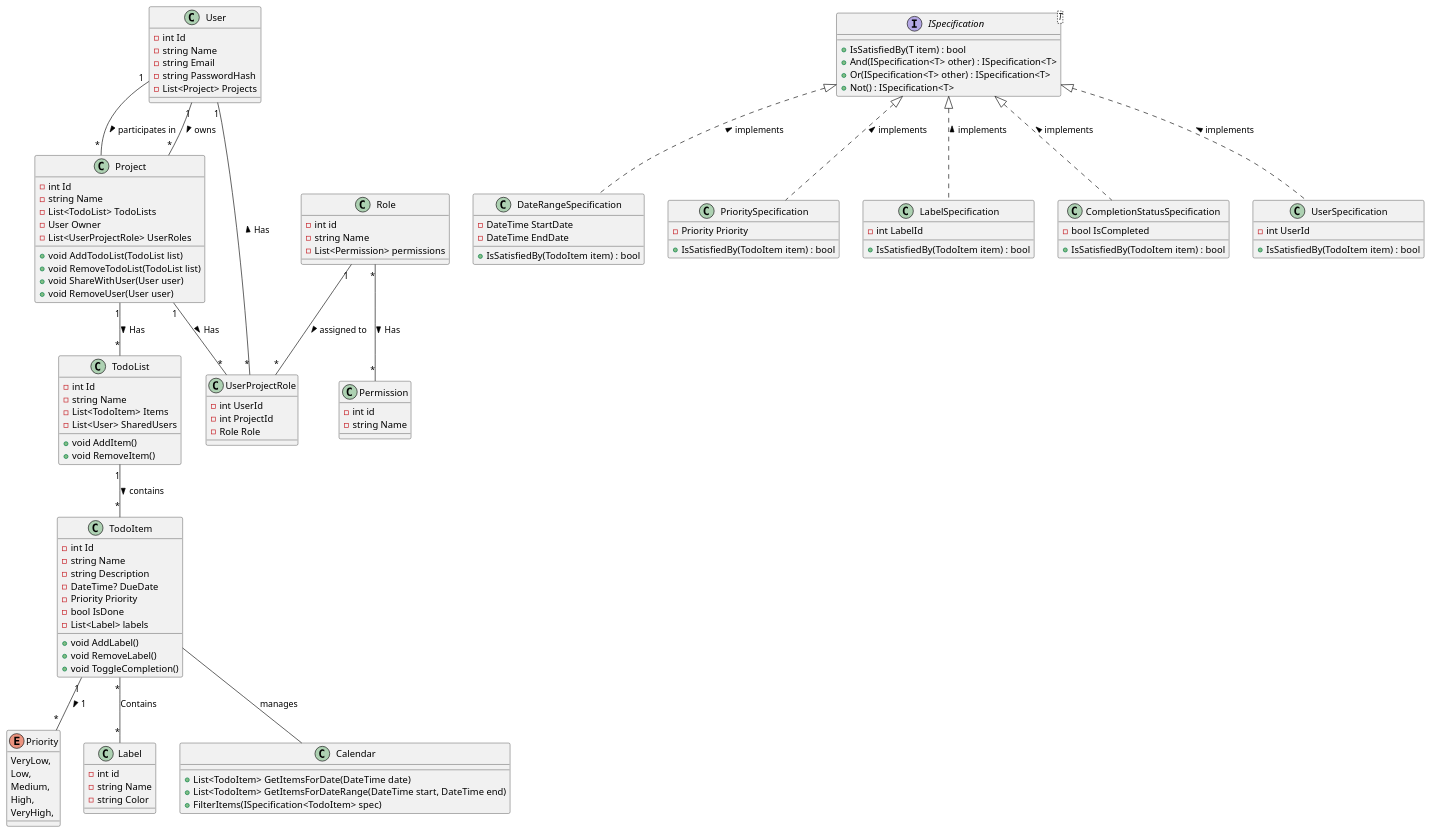
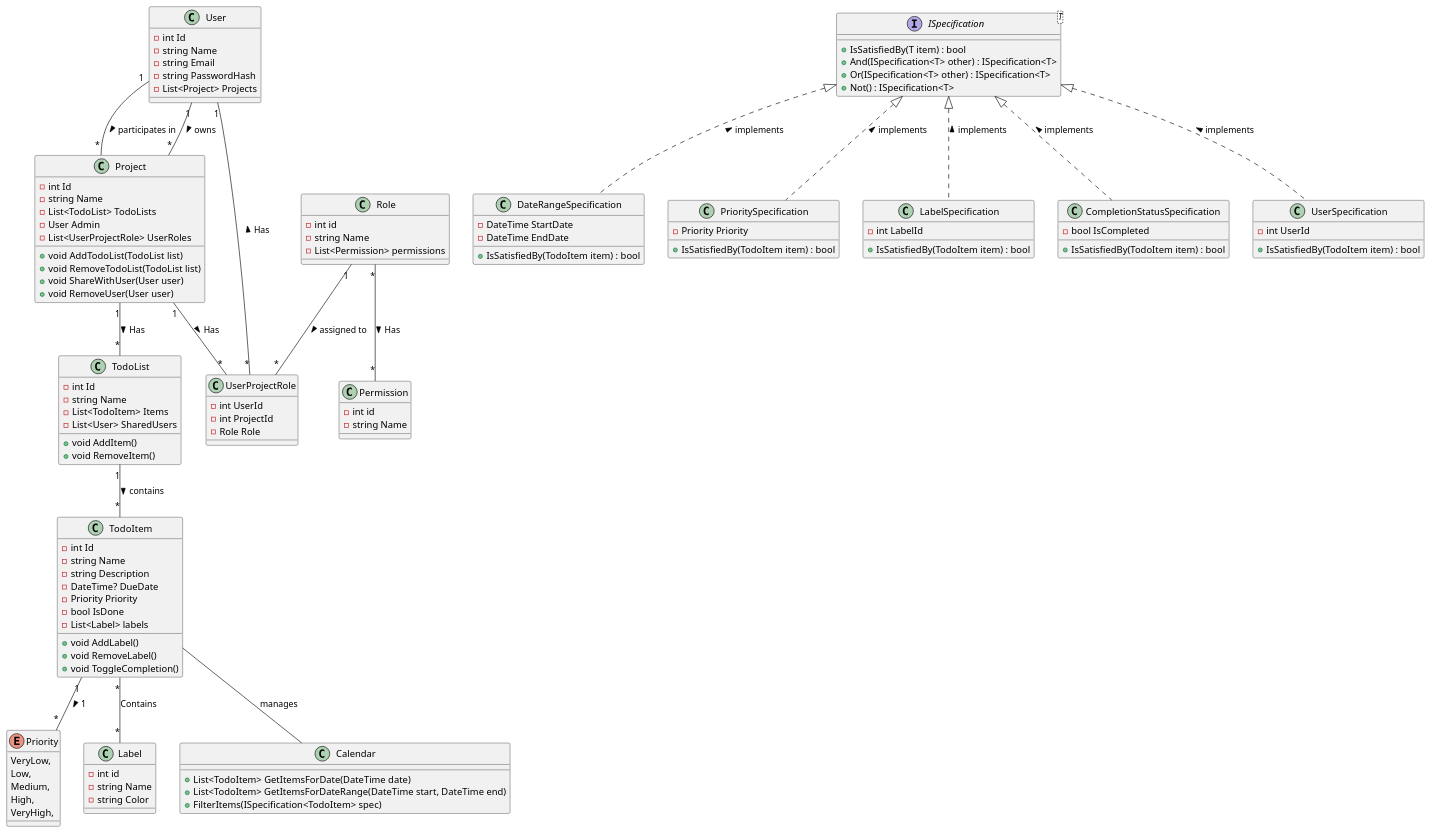
Before and after one commit to Zigalow/Todo-app_Csharp-Application: the diagram in Todo.Core/BusinessLogic.puml, drawn with PlantUML.

Commit message:
Changed owner to admin

```diff
--- a/Todo.Core/BusinessLogic.puml
+++ b/Todo.Core/BusinessLogic.puml
@@ -1,140 +1,140 @@
 @startuml
 'https://plantuml.com/class-diagram
 
 
 class User {
     -int Id
     -string Name
     -string Email
     -string PasswordHash
     -List<Project> Projects
 }
 
 class TodoList {
     -int Id
     -string Name
     -List<TodoItem> Items
     -List<User> SharedUsers
     +void AddItem()
     +void RemoveItem()
 }
 
 class TodoItem {
     -int Id
     -string Name
     -string Description
     -DateTime? DueDate
     -Priority Priority
     -bool IsDone
     -List<Label> labels
     +void AddLabel()
     +void RemoveLabel()
     +void ToggleCompletion()
 }
 
 class Project {
     -int Id
     -string Name
     -List<TodoList> TodoLists
-    -User Owner
+    -User Admin
     -List<UserProjectRole> UserRoles
     +void AddTodoList(TodoList list)
     +void RemoveTodoList(TodoList list)
     +void ShareWithUser(User user)
     +void RemoveUser(User user)
 }
 
 
 enum Priority {
     VeryLow,
     Low,
     Medium,
     High,
     VeryHigh,
 }
 
 class Label {
     -int id
     -string Name
     -string Color
 }
 
 
 class Role {
     -int id
     -string Name
     -List<Permission> permissions
 }
 
 class Permission {
     -int id
     -string Name
 }
 
 class UserProjectRole {
     -int UserId
     -int ProjectId
     -Role Role
 }
 
 class Calendar {
     +List<TodoItem> GetItemsForDate(DateTime date)
     +List<TodoItem> GetItemsForDateRange(DateTime start, DateTime end)
     +FilterItems(ISpecification<TodoItem> spec)
 }
 
 
 User "1" -- "*" Project : participates in >
 User "1" -- "*" Project : owns >
 User "1" -- "*" UserProjectRole : Has <
 TodoItem "*" -- "*" Label : Contains
 TodoItem --  Calendar : manages
 TodoItem "1" -- "*" Priority : 1 >
 Role "*" -- "*" Permission : Has >
 Role "1" -- "*" UserProjectRole : assigned to >
 Project "1" -- "*" UserProjectRole : Has >
 
 
 TodoList "1" -- "*" TodoItem : contains >
 Project "1" -- "*" TodoList : Has >
 
 interface ISpecification<T> {
     +IsSatisfiedBy(T item) : bool
     +And(ISpecification<T> other) : ISpecification<T>
     +Or(ISpecification<T> other) : ISpecification<T>
     +Not() : ISpecification<T>
 }
 
 class DateRangeSpecification {
     -DateTime StartDate
     -DateTime EndDate
     +IsSatisfiedBy(TodoItem item) : bool 
 }
 
 class PrioritySpecification {
     -Priority Priority
     +IsSatisfiedBy(TodoItem item) : bool 
 }
 class LabelSpecification {
     -int LabelId
     +IsSatisfiedBy(TodoItem item) : bool 
 }
 class CompletionStatusSpecification {
     -bool IsCompleted
     +IsSatisfiedBy(TodoItem item) : bool 
 }
 
 class UserSpecification {
     -int UserId
     +IsSatisfiedBy(TodoItem item) : bool 
 }
 
 
 ISpecification <|.. DateRangeSpecification: implements < 
 ISpecification <|.. PrioritySpecification: implements <
 ISpecification <|.. LabelSpecification: implements <
 ISpecification <|.. CompletionStatusSpecification: implements <
 ISpecification <|.. UserSpecification: implements <
 
 
 @enduml
```
